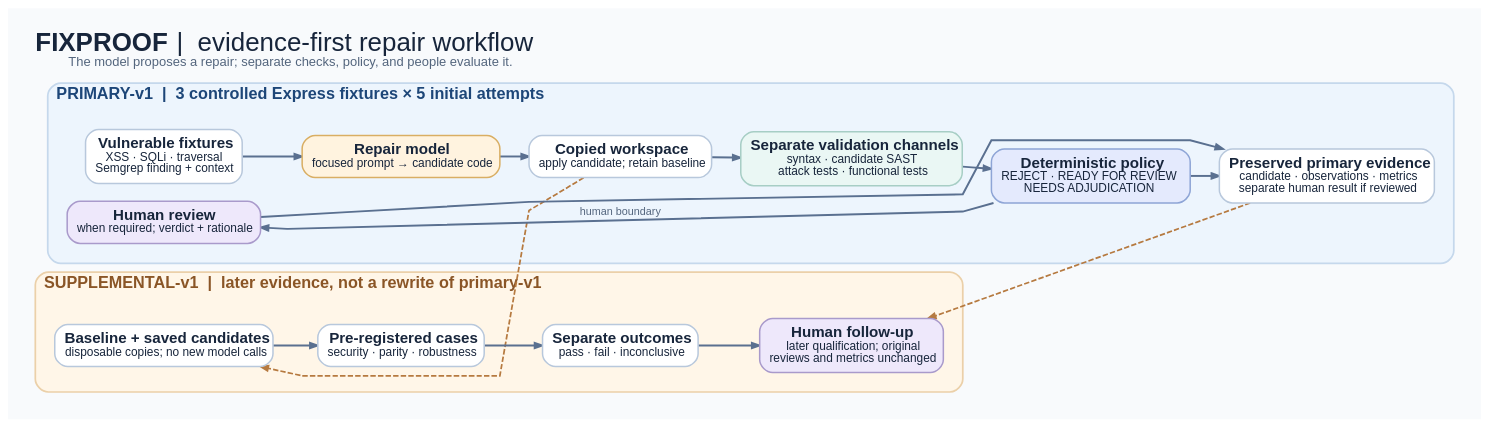
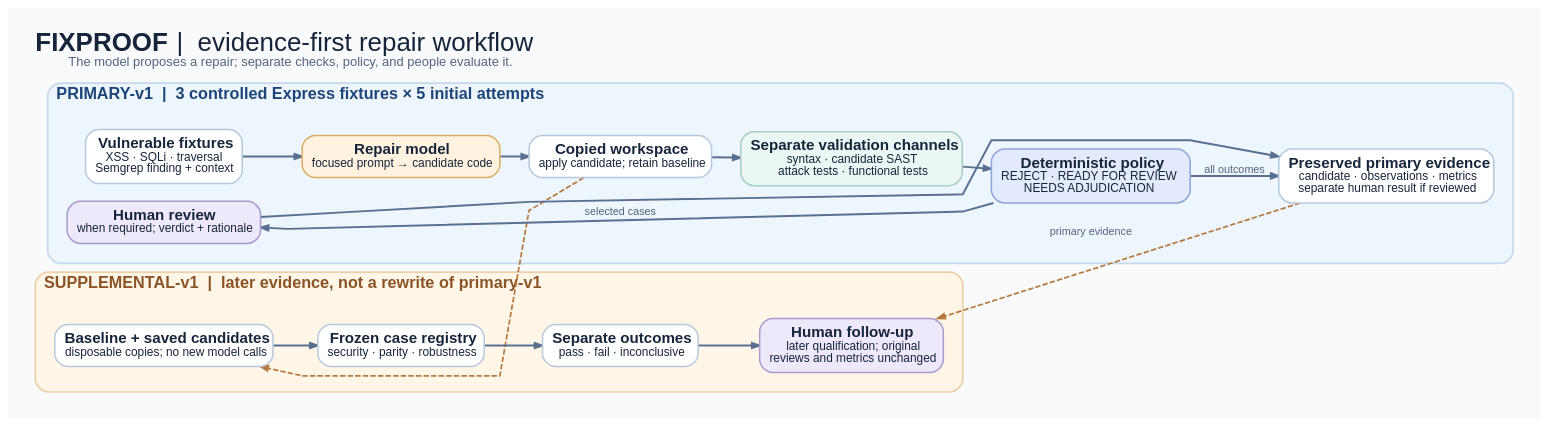
The diagram in docs/coursework/review-2026-09-22/fixproof-workflow.dot (ttran97/fixproof), drawn with Graphviz before and after one commit. The commit also changed 52 other files, not shown here.

```diff
--- a/docs/coursework/review-2026-09-22/fixproof-workflow.dot
+++ b/docs/coursework/review-2026-09-22/fixproof-workflow.dot
@@ -1,61 +1,62 @@
 digraph FixProofWorkflow {
   graph [
     label=<<FONT FACE="Arial" POINT-SIZE="24" COLOR="#17253b"><B>FIXPROOF</B>  |  evidence-first repair workflow</FONT><BR/><FONT FACE="Arial" POINT-SIZE="12" COLOR="#53657d">The model proposes a repair; separate checks, policy, and people evaluate it.</FONT>>,
     labelloc=t,
     labeljust=l,
     rankdir=LR,
     bgcolor="#f8fafc",
     pad="0.24",
     nodesep="0.22",
     ranksep="0.35",
     splines=polyline,
     outputorder=edgesfirst,
     fontname="Arial"
   ];
   node [shape=box, style="rounded,filled", color="#b8c8dc", fillcolor="#ffffff", fontname="Arial", fontsize=14, fontcolor="#17253b", penwidth=1.4, margin="0.13,0.10"];
   edge [color="#5a7090", penwidth=1.8, arrowsize=0.7, fontname="Arial", fontsize=10, fontcolor="#53657d"];
 
   subgraph cluster_primary {
     label=<<FONT FACE="Arial" POINT-SIZE="15" COLOR="#1d4678"><B>PRIMARY-v1  |  3 controlled Express fixtures × 5 initial attempts</B></FONT>>;
     labelloc=t;
     labeljust=l;
     color="#c5d8ec";
     fillcolor="#edf5fd";
     style="rounded,filled";
     penwidth=1.6;
     margin=18;
 
     setup [label=<<B>Vulnerable fixtures</B><BR/><FONT POINT-SIZE="11">XSS · SQLi · traversal<BR/>Semgrep finding + context</FONT>>];
     model [label=<<B>Repair model</B><BR/><FONT POINT-SIZE="11">focused prompt → candidate code</FONT>>, fillcolor="#fff3df", color="#d9ae63"];
     copy [label=<<B>Copied workspace</B><BR/><FONT POINT-SIZE="11">apply candidate; retain baseline</FONT>>];
     checks [label=<<B>Separate validation channels</B><BR/><FONT POINT-SIZE="11">syntax · candidate SAST<BR/>attack tests · functional tests</FONT>>, fillcolor="#eaf7f4", color="#a7cec5"];
     policy [label=<<B>Deterministic policy</B><BR/><FONT POINT-SIZE="11">REJECT · READY FOR REVIEW<BR/>NEEDS ADJUDICATION</FONT>>, fillcolor="#e4eafd", color="#8ea5d6"];
     record [label=<<B>Preserved primary evidence</B><BR/><FONT POINT-SIZE="11">candidate · observations · metrics<BR/>separate human result if reviewed</FONT>>];
     human [label=<<B>Human review</B><BR/><FONT POINT-SIZE="11">when required; verdict + rationale</FONT>>, fillcolor="#eee8fb", color="#a99acb"];
 
-    setup -> model -> copy -> checks -> policy -> record;
-    policy -> human [label="human boundary", constraint=false];
+    setup -> model -> copy -> checks -> policy;
+    policy -> record [label="all outcomes"];
+    policy -> human [label="selected cases", constraint=false];
     human -> record [constraint=false];
   }
 
   subgraph cluster_supplemental {
     label=<<FONT FACE="Arial" POINT-SIZE="15" COLOR="#8a5526"><B>SUPPLEMENTAL-v1  |  later evidence, not a rewrite of primary-v1</B></FONT>>;
     labelloc=t;
     labeljust=l;
     color="#ebd0a9";
     fillcolor="#fff6e8";
     style="rounded,filled";
     penwidth=1.6;
     margin=18;
 
     saved [label=<<B>Baseline + saved candidates</B><BR/><FONT POINT-SIZE="11">disposable copies; no new model calls</FONT>>];
-    cases [label=<<B>Pre-registered cases</B><BR/><FONT POINT-SIZE="11">security · parity · robustness</FONT>>];
+    cases [label=<<B>Frozen case registry</B><BR/><FONT POINT-SIZE="11">security · parity · robustness</FONT>>];
     outcomes [label=<<B>Separate outcomes</B><BR/><FONT POINT-SIZE="11">pass · fail · inconclusive</FONT>>];
     followup [label=<<B>Human follow-up</B><BR/><FONT POINT-SIZE="11">later qualification; original<BR/>reviews and metrics unchanged</FONT>>, fillcolor="#eee8fb", color="#a99acb"];
 
     saved -> cases -> outcomes -> followup;
   }
 
   copy -> saved [style=dashed, color="#b67a40", penwidth=1.6, constraint=false];
-  record -> followup [style=dashed, color="#b67a40", penwidth=1.6, constraint=false];
+  record -> followup [label="primary evidence", style=dashed, color="#b67a40", penwidth=1.6, constraint=false];
 }
```
